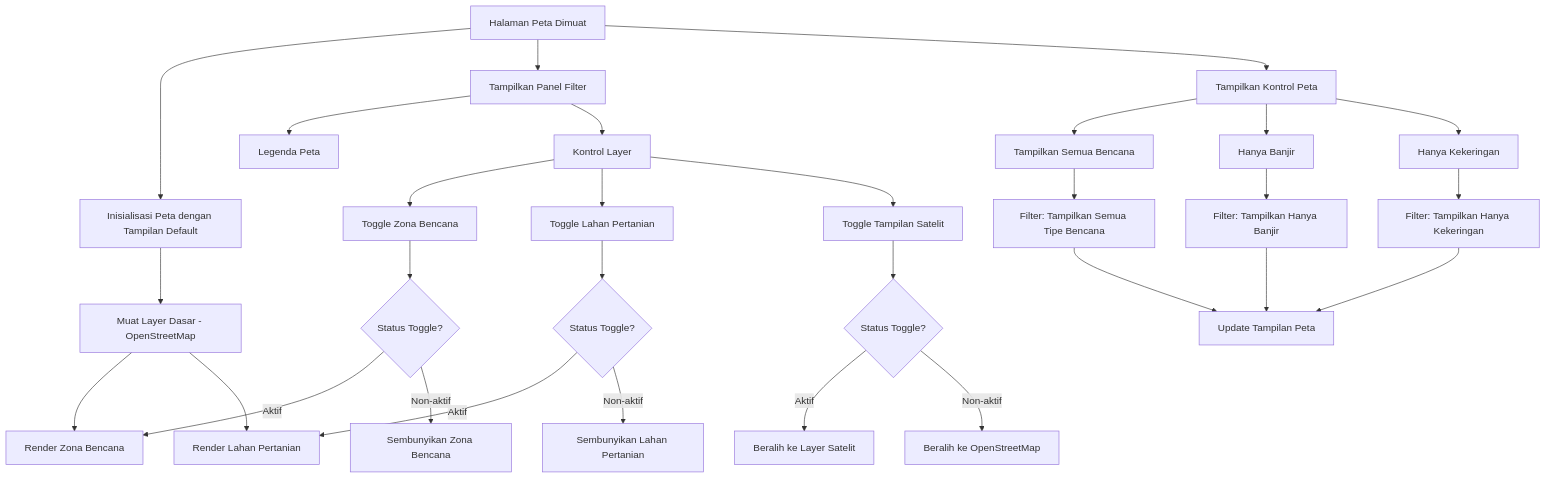
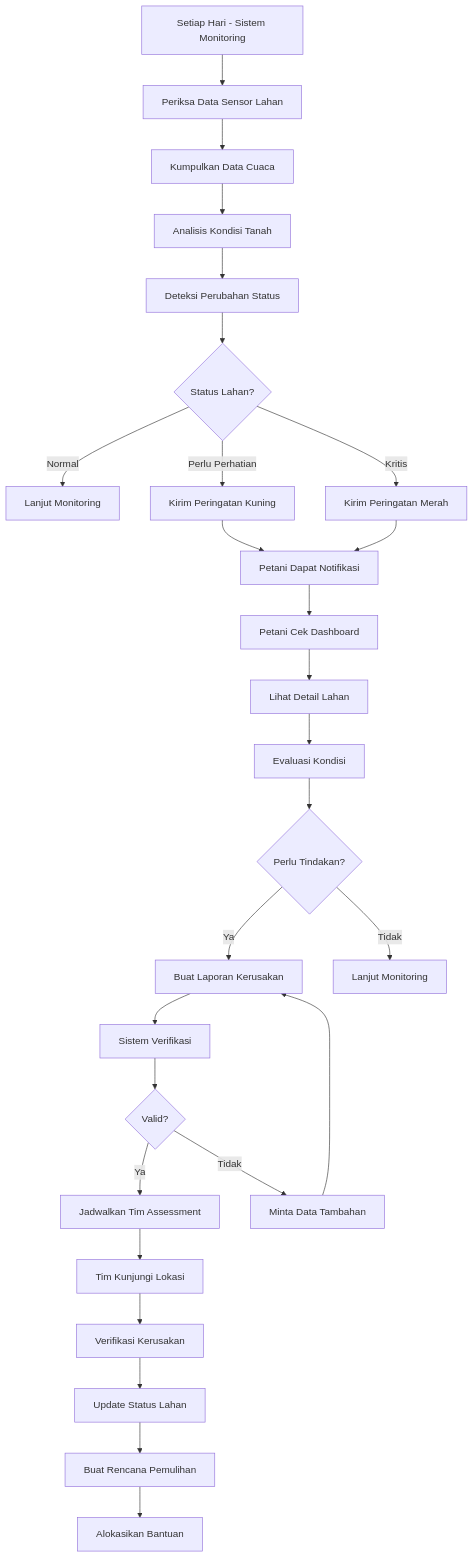
The second of 3 diagrams in plans/flowchart.md (MakdumIbrohim/sigap-farm), drawn with Mermaid before and after one commit. The commit also changed other lines of this file, not shown here.

Commit message:
docs(flowchart): update flowchart and algorithm documentation for SIGAP FARM

````diff
--- a/plans/flowchart.md
+++ b/plans/flowchart.md
@@ -40,41 +65,34 @@
 ```mermaid
 flowchart TD
-    A[Halaman Peta Dimuat] --> B[Inisialisasi Peta dengan Tampilan Default]
-    B --> C[Muat Layer Dasar - OpenStreetMap]
+    A[Setiap Hari - Sistem Monitoring] --> B[Periksa Data Sensor Lahan]
+    B --> C[Kumpulkan Data Cuaca]
+    C --> D[Analisis Kondisi Tanah]
+    D --> E[Deteksi Perubahan Status]
 
-    A --> D[Tampilkan Panel Filter]
-    D --> E[Legenda Peta]
-    D --> F[Kontrol Layer]
+    E --> F{Status Lahan?}
+    F -->|Normal| G[Lanjut Monitoring]
+    F -->|Perlu Perhatian| H[Kirim Peringatan Kuning]
+    F -->|Kritis| I[Kirim Peringatan Merah]
 
-    F --> G[Toggle Zona Bencana]
-    F --> H[Toggle Lahan Pertanian]
-    F --> I[Toggle Tampilan Satelit]
+    H --> J[Petani Dapat Notifikasi]
+    I --> J
+    J --> K[Petani Cek Dashboard]
+    K --> L[Lihat Detail Lahan]
+    L --> M[Evaluasi Kondisi]
+    M --> N{Perlu Tindakan?}
 
-    A --> J[Tampilkan Kontrol Peta]
-    J --> K[Tampilkan Semua Bencana]
-    J --> L[Hanya Banjir]
-    J --> M[Hanya Kekeringan]
+    N -->|Ya| O[Buat Laporan Kerusakan]
+    N -->|Tidak| P[Lanjut Monitoring]
 
-    C --> N[Render Zona Bencana]
-    C --> O[Render Lahan Pertanian]
+    O --> Q[Sistem Verifikasi]
+    Q --> R{Valid?}
+    R -->|Ya| S[Jadwalkan Tim Assessment]
+    R -->|Tidak| T[Minta Data Tambahan]
+    T --> O
 
-    G --> P{Status Toggle?}
-    P -->|Aktif| N
-    P -->|Non-aktif| Q[Sembunyikan Zona Bencana]
-
-    H --> R{Status Toggle?}
-    R -->|Aktif| O
-    R -->|Non-aktif| S[Sembunyikan Lahan Pertanian]
-
-    I --> T{Status Toggle?}
-    T -->|Aktif| U[Beralih ke Layer Satelit]
-    T -->|Non-aktif| V[Beralih ke OpenStreetMap]
-
-    K --> W[Filter: Tampilkan Semua Tipe Bencana]
-    L --> X[Filter: Tampilkan Hanya Banjir]
-    M --> Y[Filter: Tampilkan Hanya Kekeringan]
-
-    W --> Z[Update Tampilan Peta]
-    X --> Z
-    Y --> Z
+    S --> U[Tim Kunjungi Lokasi]
+    U --> V[Verifikasi Kerusakan]
+    V --> W[Update Status Lahan]
+    W --> X[Buat Rencana Pemulihan]
+    X --> Y[Alokasikan Bantuan]
 ```
````
